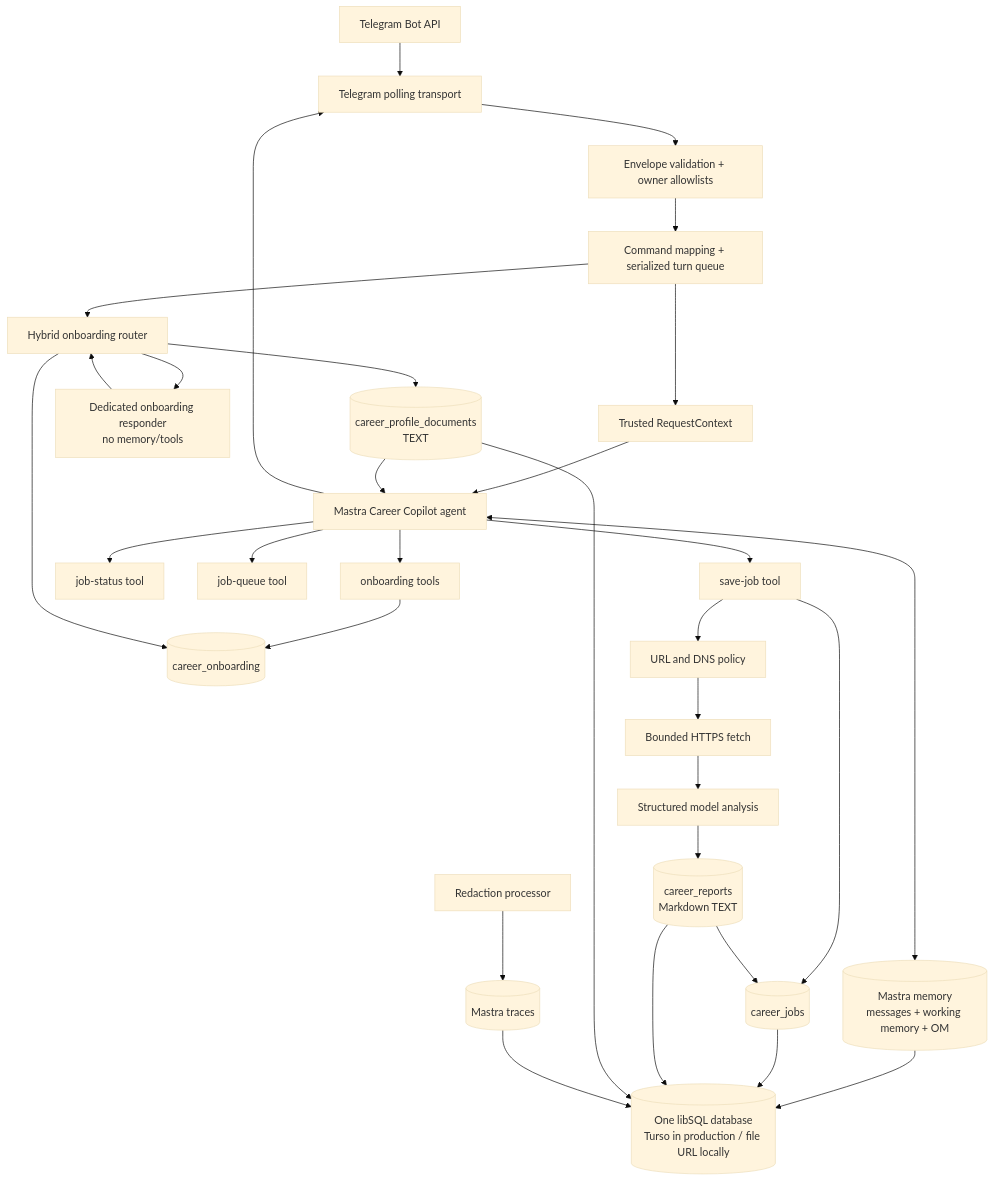
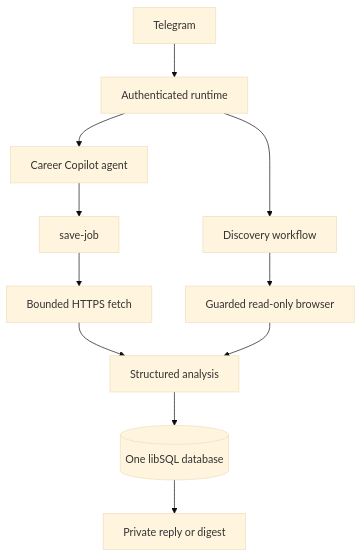
Before and after one commit to KripaMishra/career-copilot: the diagram in README.md, drawn with Mermaid (base theme). The commit also changed other lines of this file and 10 other files, not shown here.

Commit message:
docs: reorganize README and architecture guides

````diff
--- a/README.md
+++ b/README.md
@@ -48,40 +108,13 @@
 ```mermaid
 flowchart TD
-    TG[Telegram Bot API] --> TP[Telegram polling transport]
-    TP --> AUTH[Envelope validation + owner allowlists]
-    AUTH --> MAP[Command mapping + serialized turn queue]
-    MAP --> CTX[Trusted RequestContext]
-    CTX --> AGENT[Mastra Career Copilot agent]
-
-    AGENT <--> MEM[(Mastra memory
-messages + working memory + OM)]
-    AGENT --> SAVE[save-job tool]
-    AGENT --> STATUS[job-status tool]
-    AGENT --> QUEUE[job-queue tool]
-    AGENT --> ONBOARD[onboarding tools]
-    MAP --> ONBOARDING[Hybrid onboarding router]
-    ONBOARDING --> ORESP[Dedicated onboarding responder\nno memory/tools]
-
-    ONBOARD --> DRAFT[(career_onboarding)]
-    ORESP --> ONBOARDING
-    ONBOARDING --> DRAFT
-    ONBOARDING --> PROFILE
-    SAVE --> JOBS[(career_jobs)]
-    SAVE --> URL[URL and DNS policy]
-    URL --> FETCH[Bounded HTTPS fetch]
-    FETCH --> ANALYZE[Structured model analysis]
-    ANALYZE --> REPORT[(career_reports
-Markdown TEXT)]
-    REPORT --> JOBS
-
-    PROFILE[(career_profile_documents
-TEXT)] --> AGENT
-    OBS[Redaction processor] --> TRACES[(Mastra traces)]
-    MEM --> DB[(One libSQL database
-Turso in production / file URL locally)]
-    JOBS --> DB
-    REPORT --> DB
-    PROFILE --> DB
-    TRACES --> DB
-    AGENT --> TP
+    TG[Telegram] --> AUTH[Authenticated runtime]
+    AUTH --> AGENT[Career Copilot agent]
+    AUTH --> DISCOVERY[Discovery workflow]
+    AGENT --> SAVE[save-job]
+    SAVE --> FETCH[Bounded HTTPS fetch]
+    DISCOVERY --> BROWSER[Guarded read-only browser]
+    FETCH --> ANALYZE[Structured analysis]
+    BROWSER --> ANALYZE
+    ANALYZE --> DB[(One libSQL database)]
+    DB --> REPLY[Private reply or digest]
 ```
````
